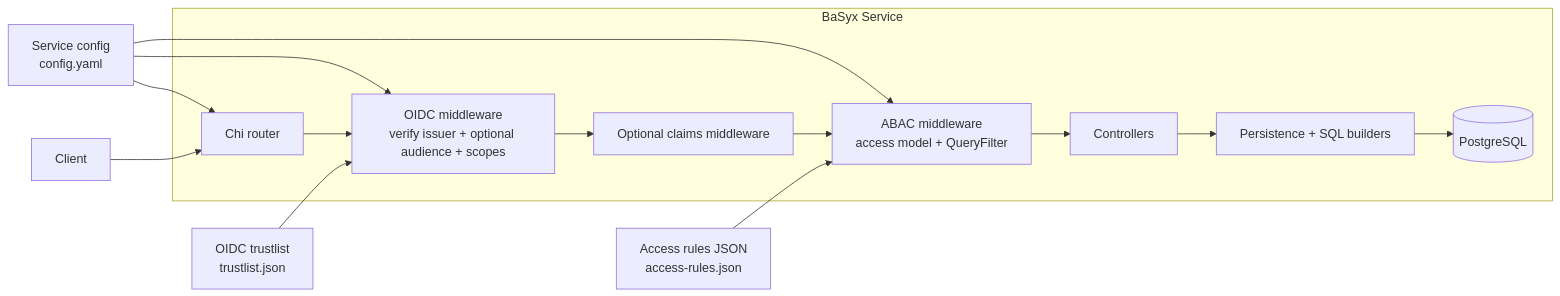
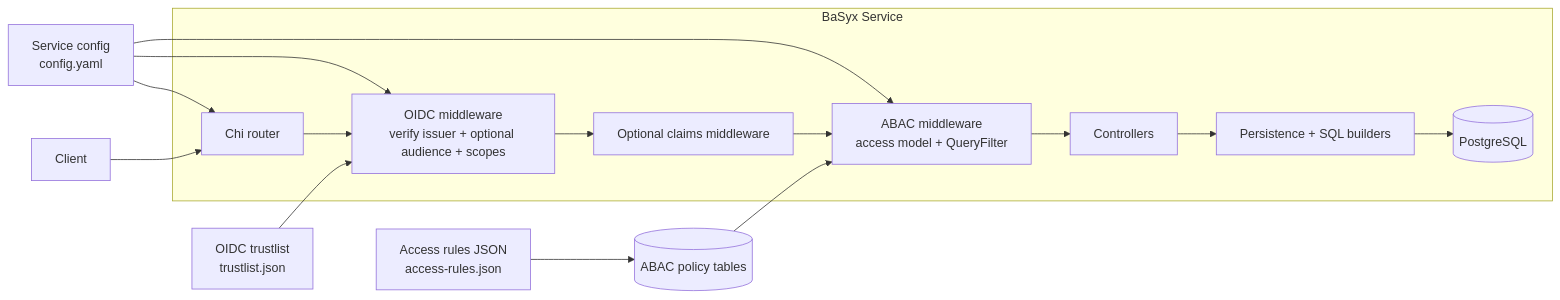
One commit to eclipse-basyx/basyx-go-components changed the first of 3 diagrams in docu/security/README.md. Above: the diagram before and after it, drawn with Mermaid. The commit also changed other lines of this file and 59 other files, not shown here.

````diff
--- a/docu/security/README.md
+++ b/docu/security/README.md
@@ -15,25 +17,26 @@
 ```mermaid
 flowchart LR
   Client[Client]
 
   subgraph Service[BaSyx Service]
     Router[Chi router]
     OIDC[OIDC middleware\nverify issuer + optional audience + scopes]
     ClaimsMW[Optional claims middleware]
     ABAC[ABAC middleware\naccess model + QueryFilter]
     Ctrl[Controllers]
     Persist[Persistence + SQL builders]
     DB[(PostgreSQL)]
   end
 
   Rules[Access rules JSON\naccess-rules.json]
+  PolicyDB[(ABAC policy tables)]
   Trust[OIDC trustlist\ntrustlist.json]
   Config[Service config\nconfig.yaml]
 
   Client --> Router --> OIDC --> ClaimsMW --> ABAC --> Ctrl --> Persist --> DB
   Trust --> OIDC
-  Rules --> ABAC
+  Rules --> PolicyDB --> ABAC
   Config --> Router
   Config --> OIDC
   Config --> ABAC
 ```
````
